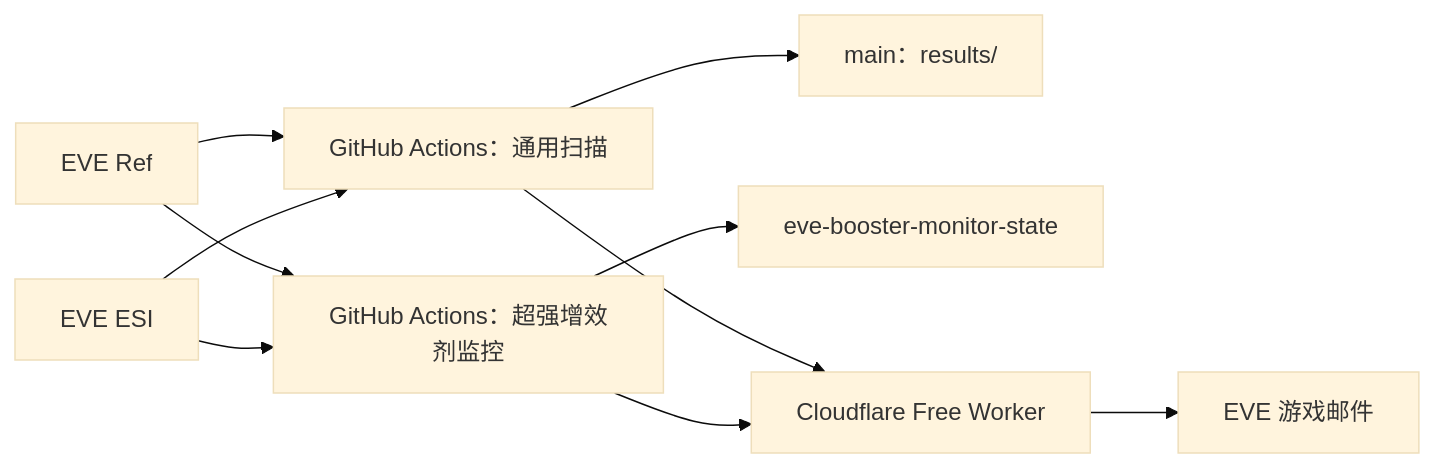
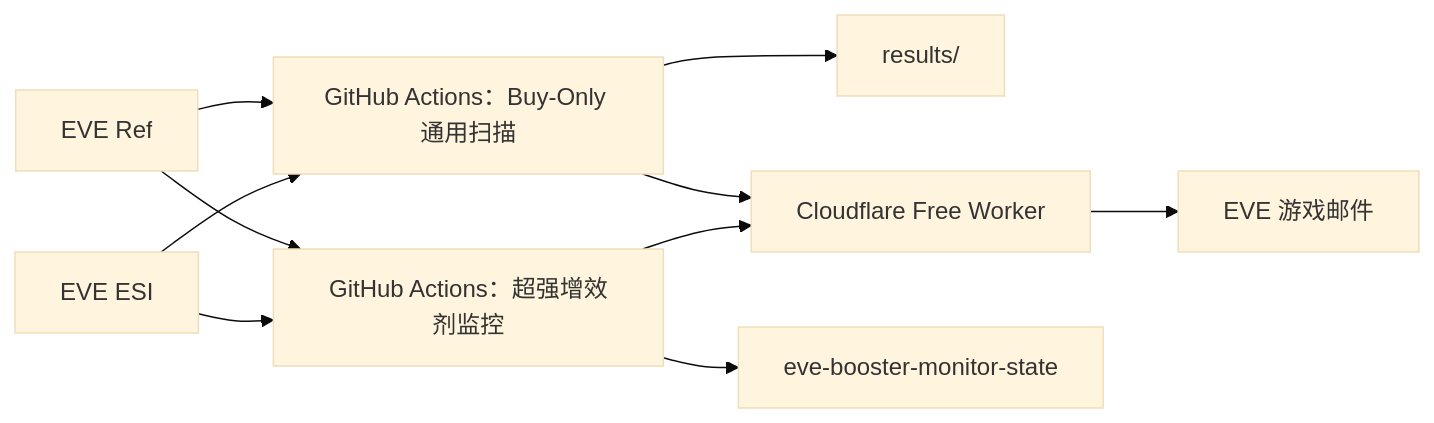
Before and after one commit to samson8964/chatgpt-eve: the diagram in README.md, drawn with Mermaid (base theme). The commit also changed other lines of this file, not shown here.

Commit message:
docs: document buy-only arbitrage policy and current workflow

````diff
--- a/README.md
+++ b/README.md
@@ -16,12 +30,13 @@
 ```mermaid
 flowchart LR
-  ref["EVE Ref"] --> general["GitHub Actions：通用扫描"]
+  ref["EVE Ref"] --> general["GitHub Actions：Buy-Only 通用扫描"]
   esi["EVE ESI"] --> general
+  general --> results["results/"]
+  general --> relay["Cloudflare Free Worker"]
+  relay --> mail["EVE 游戏邮件"]
+
   ref --> booster["GitHub Actions：超强增效剂监控"]
   esi --> booster
-  general --> results["main：results/"]
-  booster --> state["eve-booster-monitor-state"]
-  general --> relay["Cloudflare Free Worker"]
+  booster --> boosterstate["eve-booster-monitor-state"]
   booster --> relay
-  relay --> mail["EVE 游戏邮件"]
 ```
````
